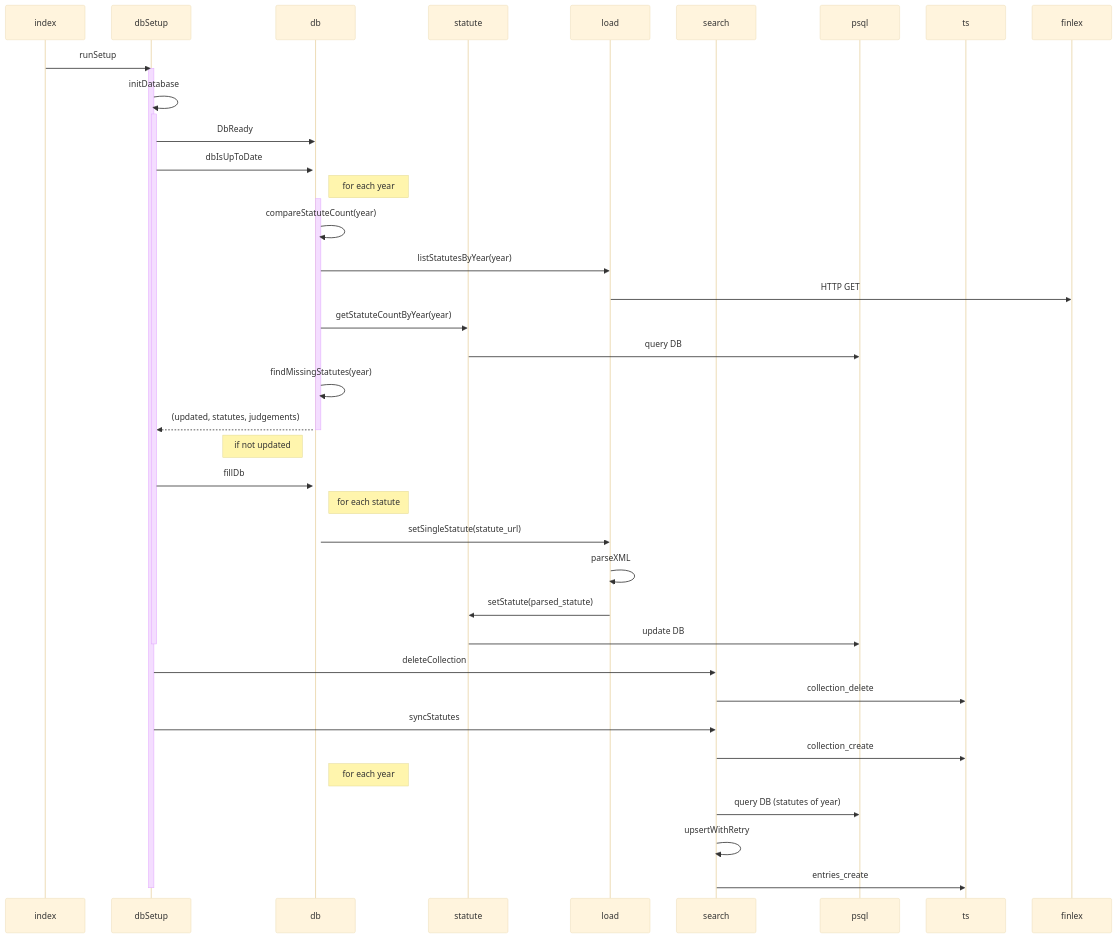
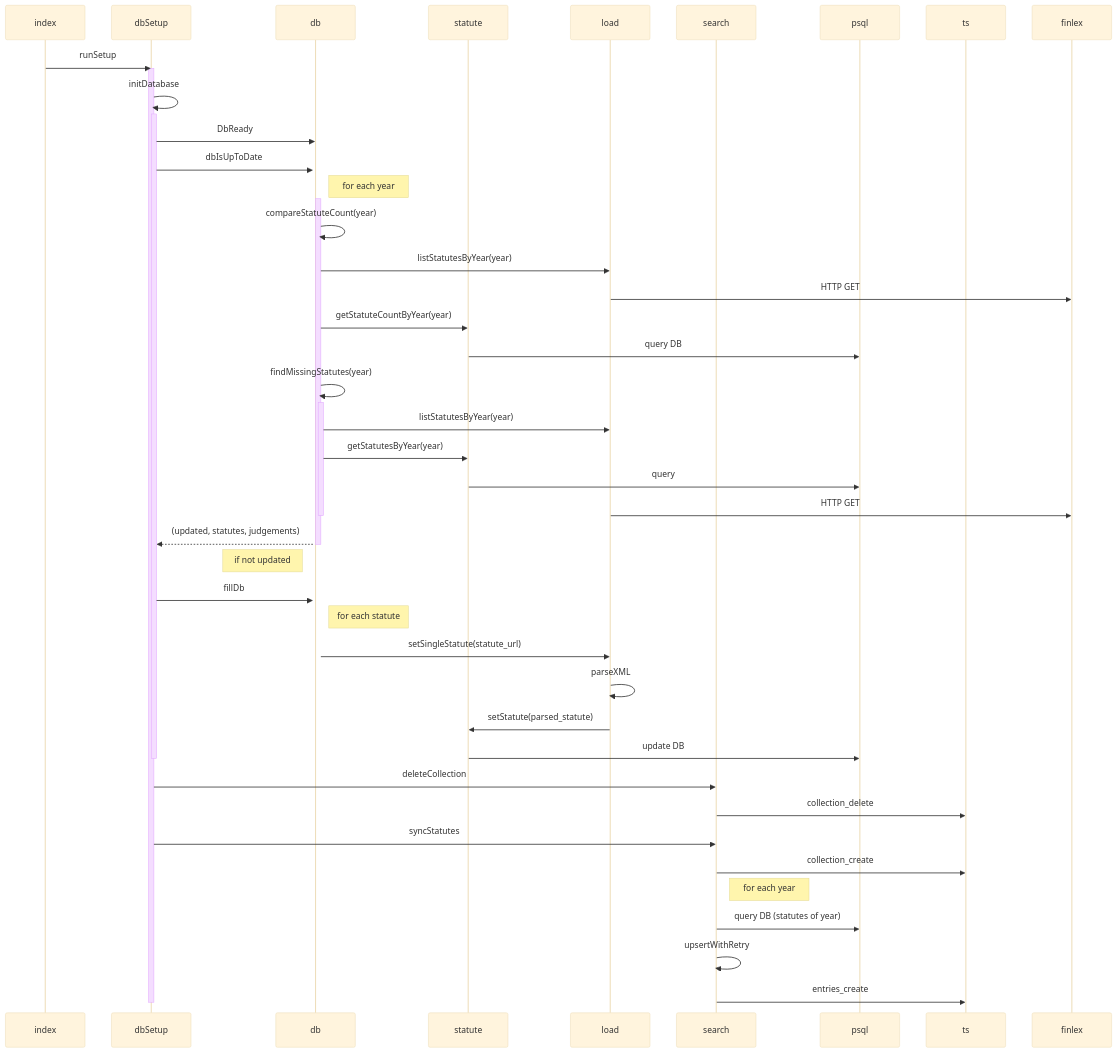
One commit to mluukkai/poc changed the first of 3 diagrams in README.md. Above: the diagram before and after it, drawn with Mermaid (base theme). The commit also changed other lines of this file, not shown here.

````diff
--- a/README.md
+++ b/README.md
@@ -1,47 +1,53 @@
 ```mermaid
 sequenceDiagram
   participant index
   participant dbSetup
   participant db
   participant statute
   participant load
   participant search
   participant psql
   participant ts
   participant finlex
 
   index ->> dbSetup: runSetup
   activate dbSetup
   dbSetup ->> dbSetup: initDatabase
   activate dbSetup
   dbSetup ->> db: DbReady
   dbSetup ->>+ db: dbIsUpToDate
   Note right of db: for each year
   activate db
   db ->> db: compareStatuteCount(year)
   db ->> load: listStatutesByYear(year)
   load ->> finlex: HTTP GET
   db ->> statute: getStatuteCountByYear(year)
   statute ->> psql: query DB
   db ->> db: findMissingStatutes(year)
+  activate db
+  db ->> load : listStatutesByYear(year)
+  db ->> statute: getStatutesByYear(year)
+  statute ->> psql: query
+  load ->> finlex: HTTP GET
+  deactivate db
   db -->> dbSetup: (updated, statutes, judgements)
   deactivate db
   Note left of db: if not updated
   dbSetup ->> db: fillDb
   activate db
   Note right of db: for each statute
   db ->> load: setSingleStatute(statute_url)
   load ->> load: parseXML
   load ->> statute: setStatute(parsed_statute)
   statute ->> psql: update DB
   deactivate dbSetup
   dbSetup ->> search: deleteCollection
   search ->> ts: collection_delete
   dbSetup ->> search: syncStatutes
   search ->> ts: collection_create
-  Note right of db: for each year
+  Note right of search: for each year
   search ->> psql: query DB (statutes of year)
   search ->> search: upsertWithRetry
   search ->> ts: entries_create
   deactivate dbSetup
 ```
````
